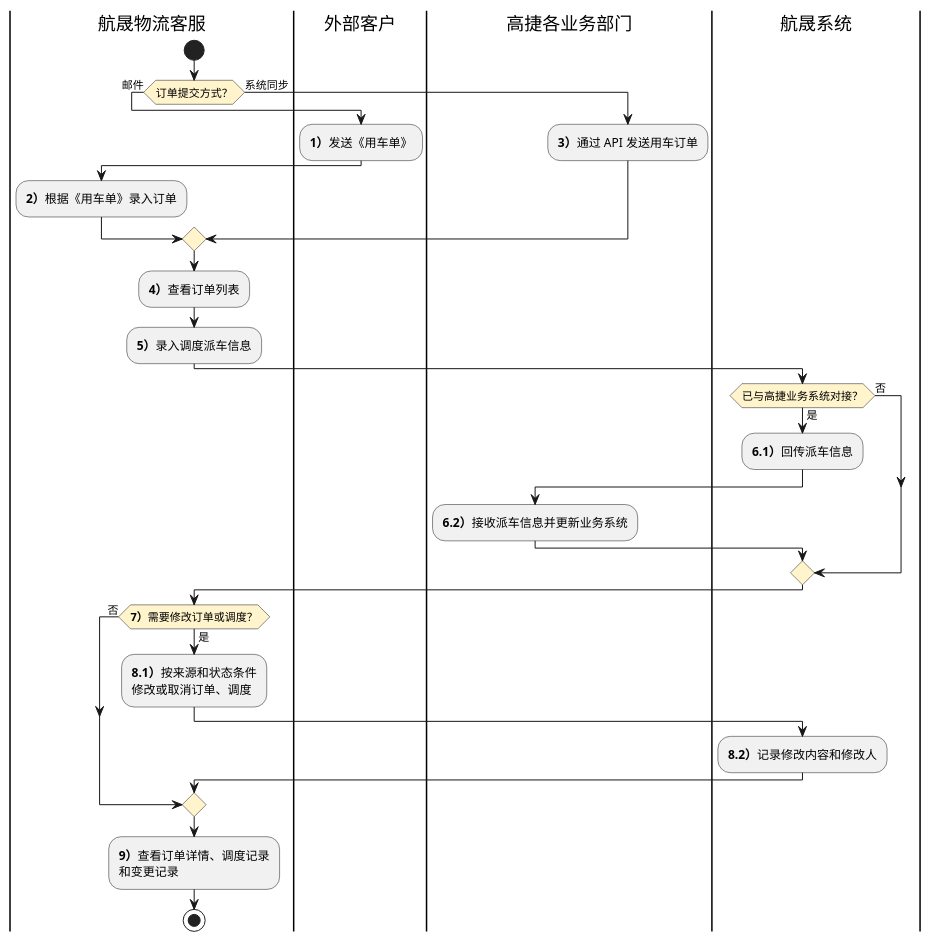
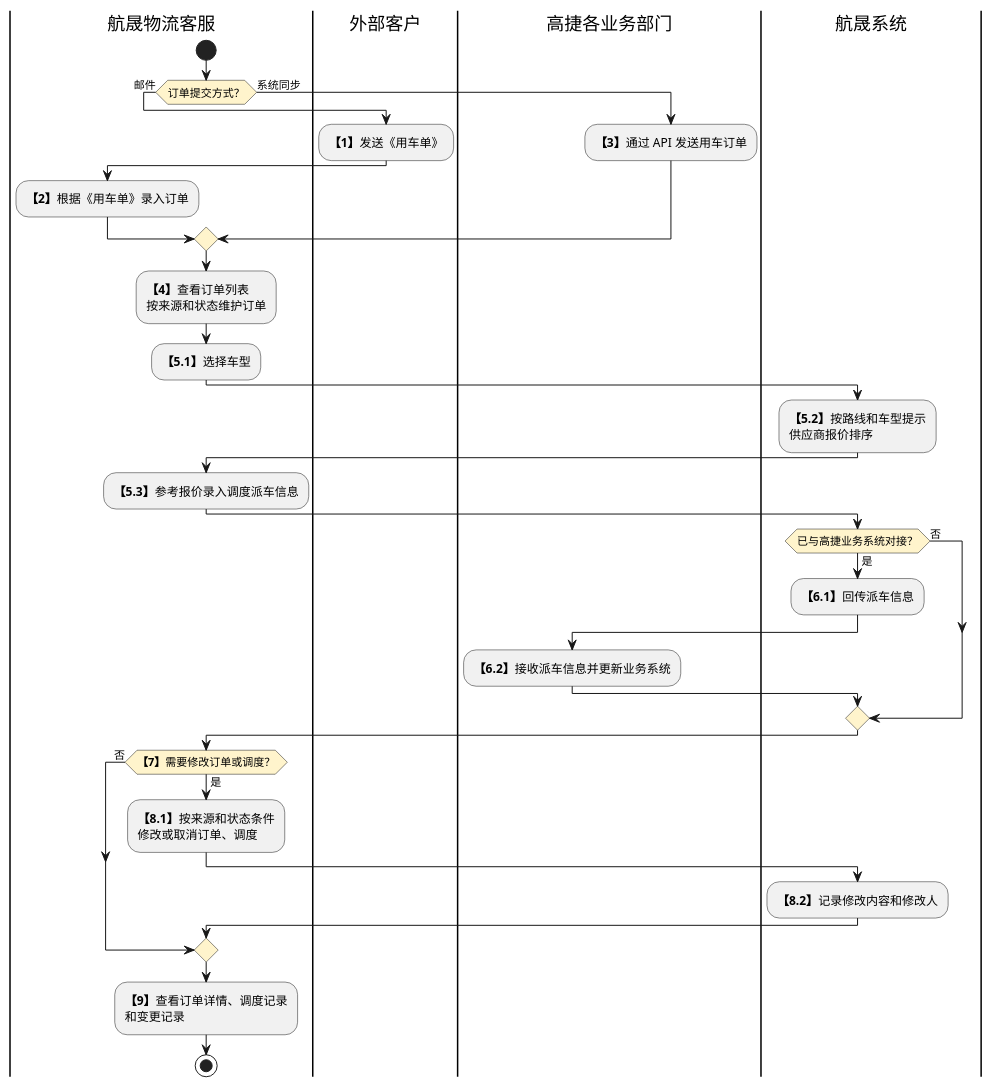
One commit to jack888332/projects-doc changed the first of 4 diagrams in product-caliber/goldjet/segmented-prd/PRD.高捷物流系统一期.第015篇.用车-订单管理.32C78B8106.md. Above: the diagram before and after it, drawn with PlantUML. The commit also changed 12 other files, not shown here.

Commit message:
完善DSL图

````diff
--- a/product-caliber/goldjet/segmented-prd/PRD.高捷物流系统一期.第015篇.用车-订单管理.32C78B8106.md
+++ b/product-caliber/goldjet/segmented-prd/PRD.高捷物流系统一期.第015篇.用车-订单管理.32C78B8106.md
@@ -59,36 +59,40 @@
 ```plantuml
 @startuml goldjet-015-order-dispatch
 skinparam activityDiamondBackgroundColor #FFF4CC
 |航晟物流客服|
 start
 if (订单提交方式？) then (邮件)
   |外部客户|
-  :**1）**发送《用车单》;
+  :**【1】**发送《用车单》;
   |航晟物流客服|
-  :**2）**根据《用车单》录入订单;
+  :**【2】**根据《用车单》录入订单;
 else (系统同步)
   |高捷各业务部门|
-  :**3）**通过 API 发送用车订单;
+  :**【3】**通过 API 发送用车订单;
 endif
 |航晟物流客服|
-:**4）**查看订单列表;
-:**5）**录入调度派车信息;
+:**【4】**查看订单列表\n按来源和状态维护订单;
+:**【5.1】**选择车型;
+|航晟系统|
+:**【5.2】**按路线和车型提示\n供应商报价排序;
+|航晟物流客服|
+:**【5.3】**参考报价录入调度派车信息;
 |航晟系统|
 if (已与高捷业务系统对接？) then (是)
-  :**6.1）**回传派车信息;
+  :**【6.1】**回传派车信息;
   |高捷各业务部门|
-  :**6.2）**接收派车信息并更新业务系统;
+  :**【6.2】**接收派车信息并更新业务系统;
 else (否)
 endif
 |航晟物流客服|
-if (**7）**需要修改订单或调度？) then (是)
-  :**8.1）**按来源和状态条件\n修改或取消订单、调度;
+if (**【7】**需要修改订单或调度？) then (是)
+  :**【8.1】**按来源和状态条件\n修改或取消订单、调度;
   |航晟系统|
-  :**8.2）**记录修改内容和修改人;
+  :**【8.2】**记录修改内容和修改人;
 else (否)
 endif
 |航晟物流客服|
-:**9）**查看订单详情、调度记录\n和变更记录;
+:**【9】**查看订单详情、调度记录\n和变更记录;
 stop
 @enduml
 ```
````
